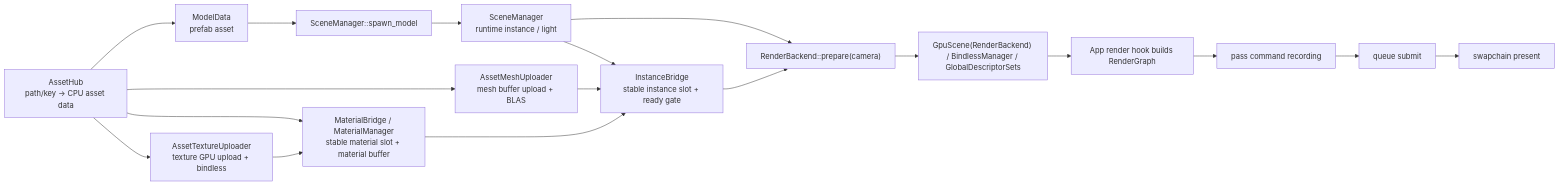
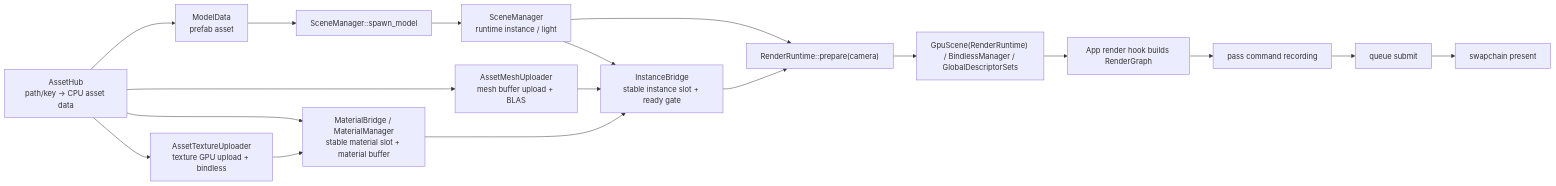
One commit to acccoco/TruvisRenderer changed the sixth of 7 diagrams in ARCHITECTURE.md. Above: the diagram before and after it, drawn with Mermaid. The commit also changed other lines of this file and 122 other files, not shown here.

````diff
--- a/ARCHITECTURE.md
+++ b/ARCHITECTURE.md
@@ -206,20 +206,20 @@
 ```mermaid
 flowchart LR
     AssetHub["AssetHub<br/>path/key -> CPU asset data"] --> TextureUploader["AssetTextureUploader<br/>texture GPU upload + bindless"]
     AssetHub --> MeshUploader["AssetMeshUploader<br/>mesh buffer upload + BLAS"]
     AssetHub --> MaterialBridge["MaterialBridge / MaterialManager<br/>stable material slot + material buffer"]
     AssetHub --> ModelData["ModelData<br/>prefab asset"]
     ModelData --> SceneSpawner["SceneManager::spawn_model"]
     SceneSpawner --> Scene["SceneManager<br/>runtime instance / light"]
     Scene --> InstanceBridge["InstanceBridge<br/>stable instance slot + ready gate"]
     TextureUploader --> MaterialBridge
     MeshUploader --> InstanceBridge
-    Scene --> Prepare["RenderBackend::prepare(camera)"]
+    Scene --> Prepare["RenderRuntime::prepare(camera)"]
     MaterialBridge --> InstanceBridge
     InstanceBridge --> Prepare
-    Prepare --> GpuResources["GpuScene(RenderBackend) / BindlessManager / GlobalDescriptorSets"]
+    Prepare --> GpuResources["GpuScene(RenderRuntime) / BindlessManager / GlobalDescriptorSets"]
     GpuResources --> BuildGraph["App render hook builds RenderGraph"]
     BuildGraph --> RecordCommands["pass command recording"]
     RecordCommands --> Submit["queue submit"]
     Submit --> Present["swapchain present"]
 ```
````
